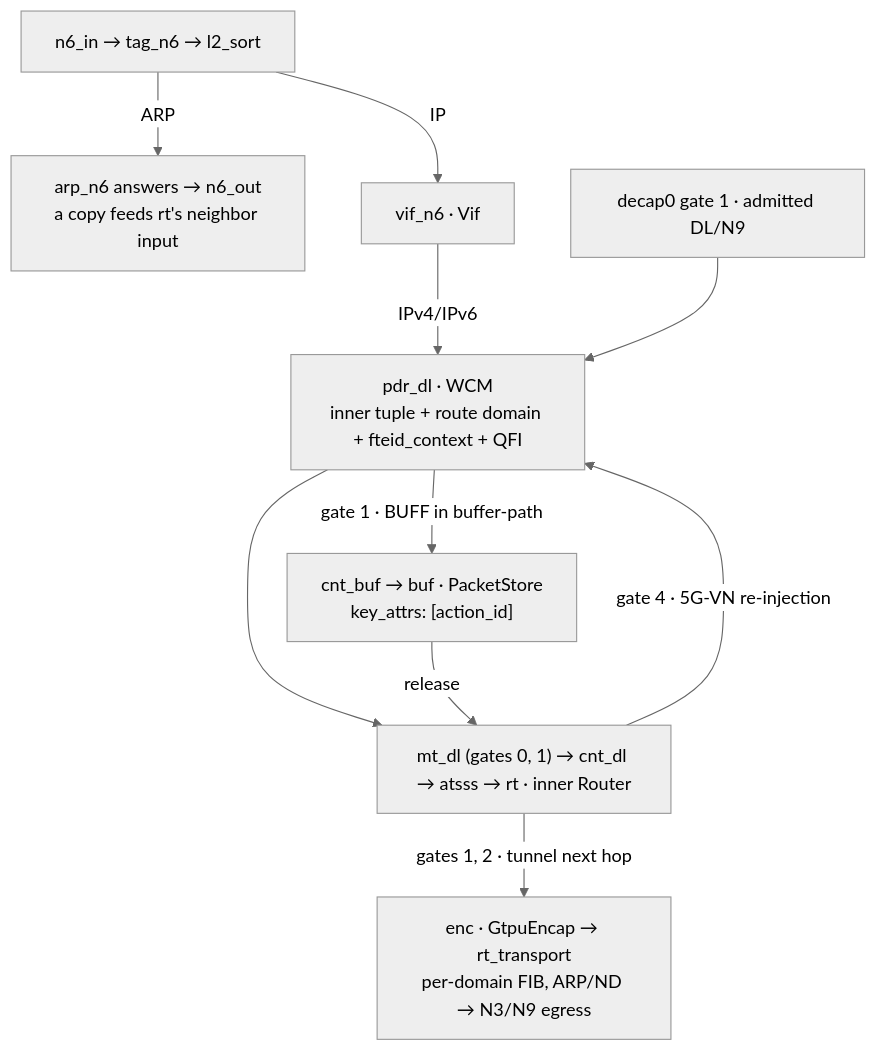
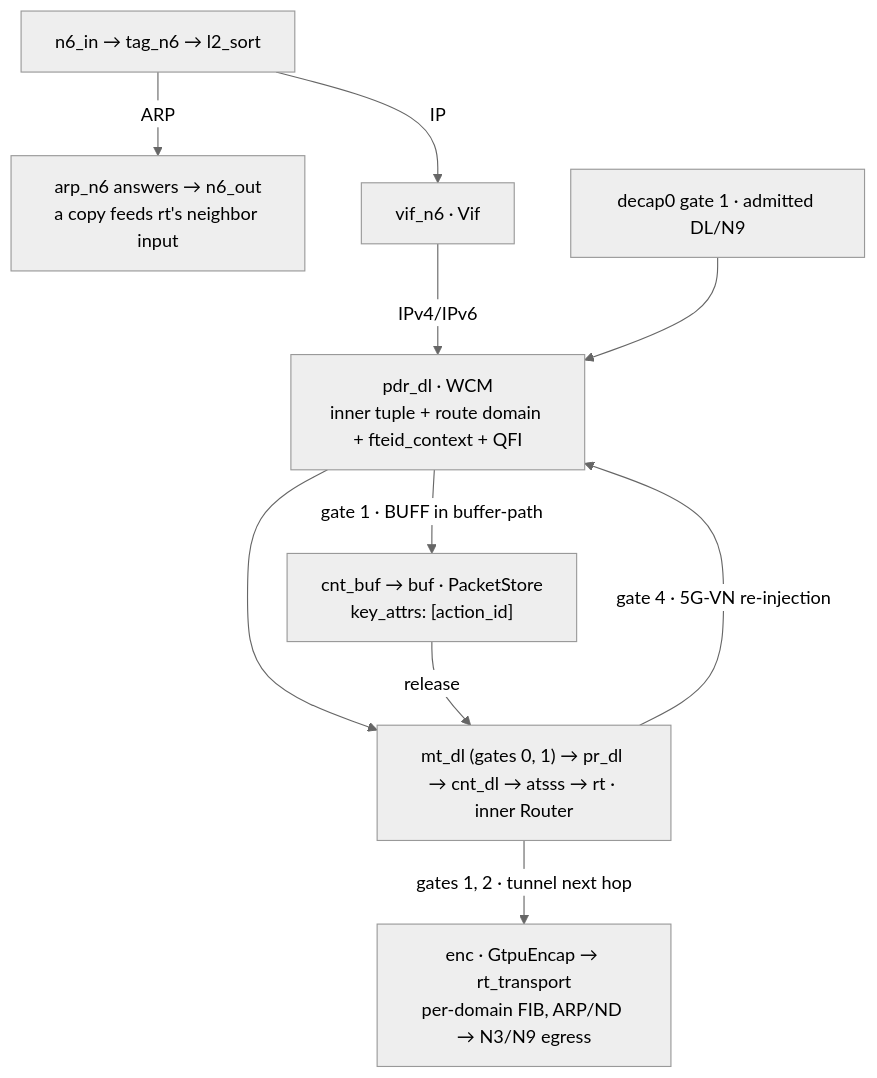
The second of 3 diagrams in docs/datapath.md (krsna1729/upf), drawn with Mermaid (neutral theme) before and after one commit. The commit also changed other lines of this file and 7 other files, not shown here.

````diff
--- a/docs/datapath.md
+++ b/docs/datapath.md
@@ -294,12 +294,12 @@
 ```mermaid
 flowchart TB
     n6in["n6_in → tag_n6 → l2_sort"] -->|"ARP"| arp["arp_n6 answers → n6_out<br/>a copy feeds rt's neighbor input"]
     n6in -->|"IP"| vif["vif_n6 · Vif"]
     vif -->|"IPv4/IPv6"| pdr["pdr_dl · WCM<br/>inner tuple + route domain + fteid_context + QFI"]
     decap["decap0 gate 1 · admitted DL/N9"] --> pdr
-    pdr --> chain["mt_dl (gates 0, 1) → cnt_dl → atsss → rt · inner Router"]
+    pdr --> chain["mt_dl (gates 0, 1) → pr_dl → cnt_dl → atsss → rt · inner Router"]
     pdr -->|"gate 1 · BUFF in buffer-path"| buf["cnt_buf → buf · PacketStore<br/>key_attrs: [action_id]"]
     buf -->|"release"| chain
     chain -->|"gates 1, 2 · tunnel next hop"| enc["enc · GtpuEncap → rt_transport<br/>per-domain FIB, ARP/ND → N3/N9 egress"]
     chain -->|"gate 4 · 5G-VN re-injection"| pdr
 ```
````
